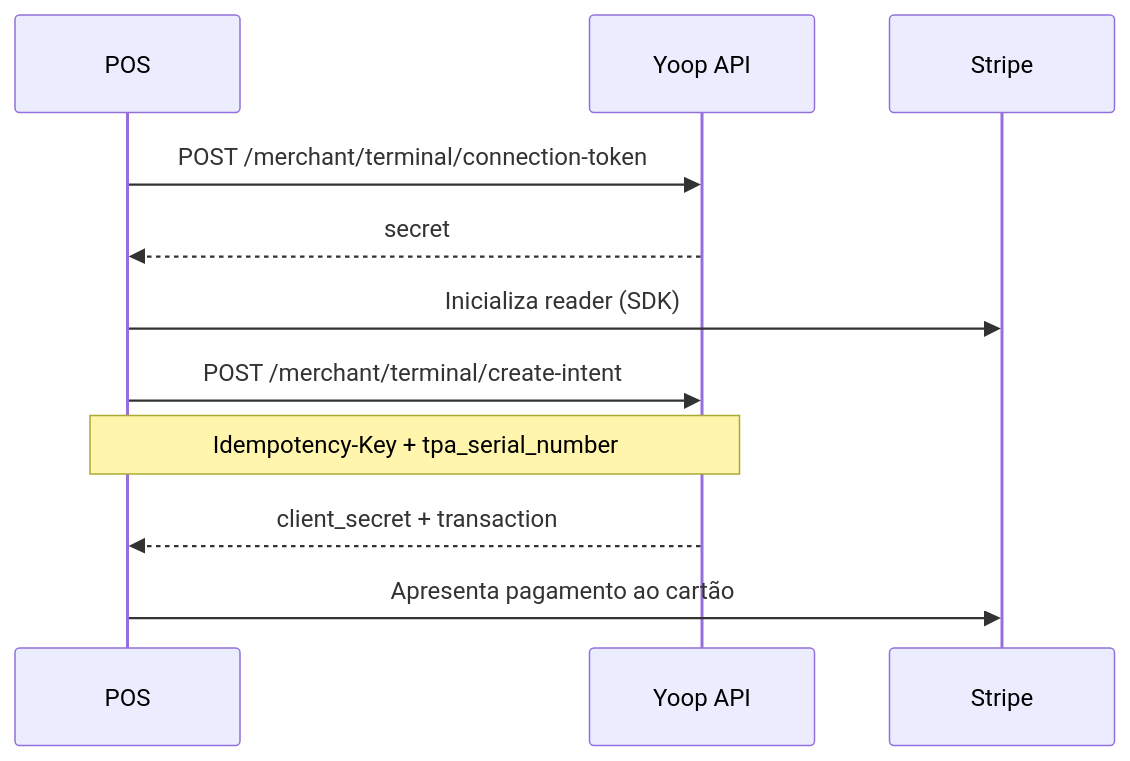
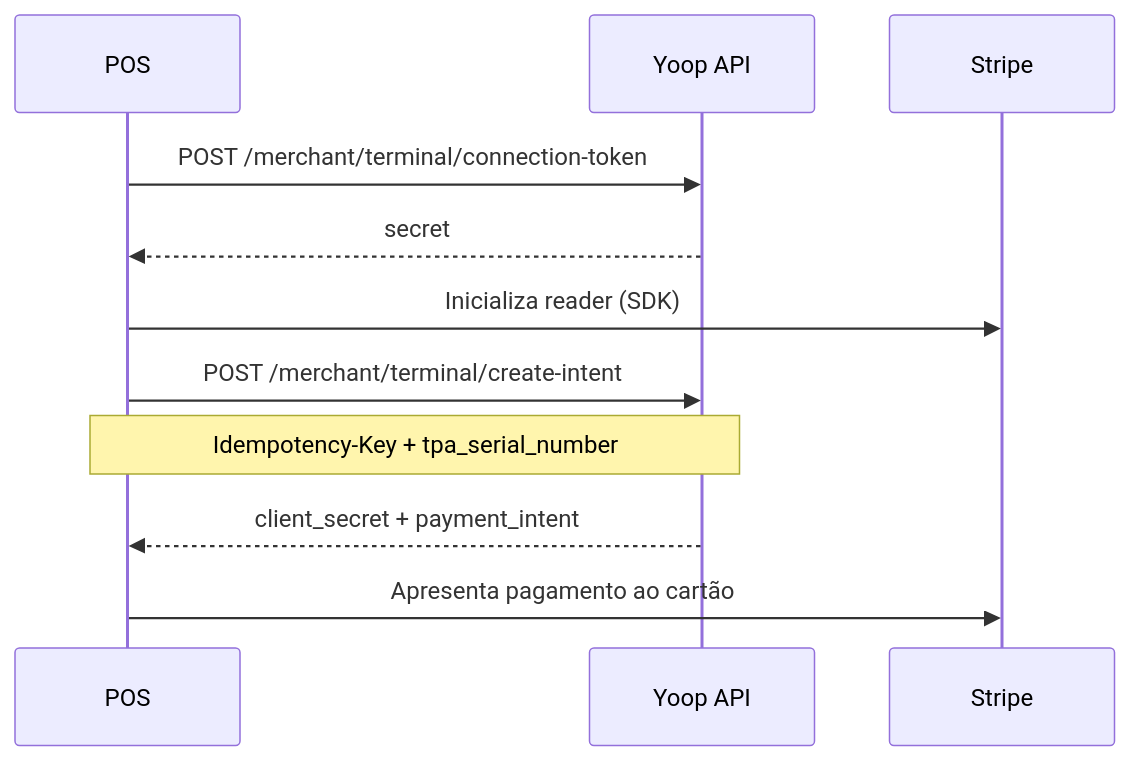
The diagram in docs/guides/partners/terminal-topup.md (solonline/mysologo.com), drawn with Mermaid before and after one commit. The commit also changed other lines of this file and 25 other files, not shown here.

````diff
--- a/docs/guides/partners/terminal-topup.md
+++ b/docs/guides/partners/terminal-topup.md
@@ -21,14 +21,14 @@
 ```mermaid
 sequenceDiagram
     participant POS
     participant API as Yoop API
     participant Stripe
 
     POS->>API: POST /merchant/terminal/connection-token
     API-->>POS: secret
     POS->>Stripe: Inicializa reader (SDK)
     POS->>API: POST /merchant/terminal/create-intent
     Note over POS,API: Idempotency-Key + tpa_serial_number
-    API-->>POS: client_secret + transaction
+    API-->>POS: client_secret + payment_intent
     POS->>Stripe: Apresenta pagamento ao cartão
 ```
````
